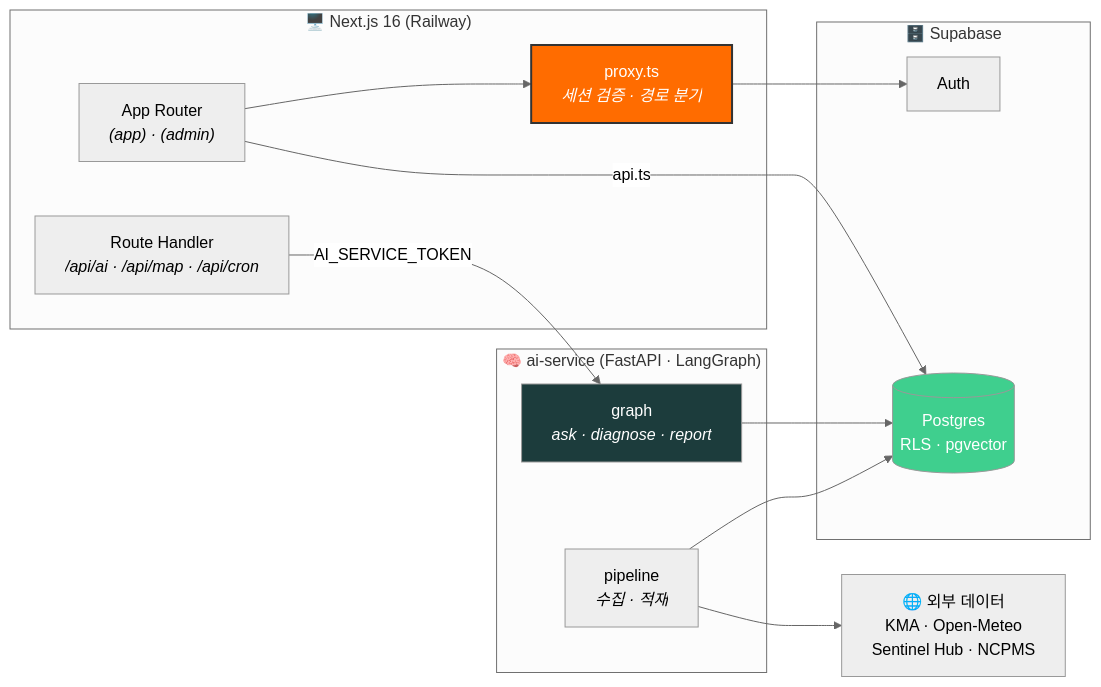
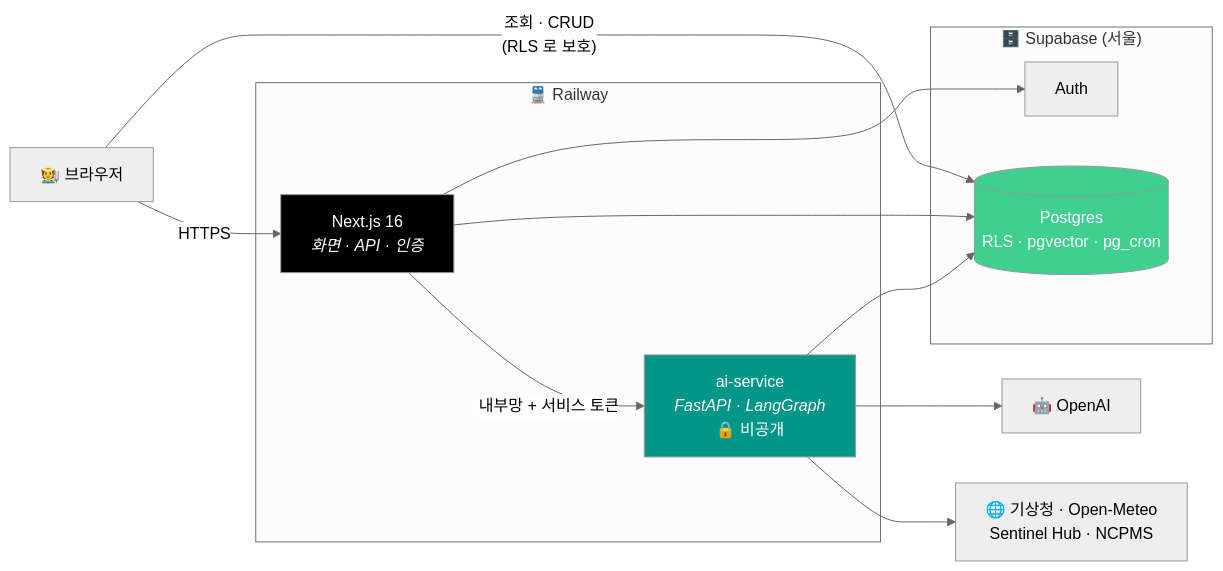
Before and after one commit to pj002321/Safe-farm: the fourth of 4 diagrams in README.md, drawn with Mermaid (neutral theme). The commit also changed other lines of this file, not shown here.

````diff
--- a/README.md
+++ b/README.md
@@ -62,31 +157,26 @@
 ```mermaid
 flowchart LR
-    subgraph WEB["🖥️ Next.js 16 (Railway)"]
-        UI["App Router<br/><i>(app) · (admin)</i>"]
-        PX["proxy.ts<br/><i>세션 검증 · 경로 분기</i>"]
-        RH["Route Handler<br/><i>/api/ai · /api/map · /api/cron</i>"]
+    U["🧑‍🌾 브라우저"] -->|"HTTPS"| WEB
+
+    subgraph RW["🚆 Railway"]
+        WEB["Next.js 16<br/><i>화면 · API · 인증</i>"]
+        AI["ai-service<br/><i>FastAPI · LangGraph</i><br/>🔒 비공개"]
+        WEB -->|"내부망 + 서비스 토큰"| AI
     end
 
-    subgraph AI["🧠 ai-service (FastAPI · LangGraph)"]
-        G["graph<br/><i>ask · diagnose · report</i>"]
-        P["pipeline<br/><i>수집 · 적재</i>"]
+    subgraph SB["🗄️ Supabase (서울)"]
+        AUTH["Auth"]
+        PG[("Postgres<br/>RLS · pgvector · pg_cron")]
     end
 
-    subgraph DATA["🗄️ Supabase"]
-        AUTH["Auth"]
-        PG[("Postgres<br/>RLS · pgvector")]
-    end
+    U -->|"조회 · CRUD<br/>(RLS 로 보호)"| PG
+    WEB --> AUTH
+    WEB --> PG
+    AI --> PG
+    AI --> LLM["🤖 OpenAI"]
+    AI --> EXT["🌐 기상청 · Open-Meteo<br/>Sentinel Hub · NCPMS"]
 
-    EXT["🌐 외부 데이터<br/>KMA · Open-Meteo<br/>Sentinel Hub · NCPMS"]
-
-    UI --> PX --> AUTH
-    UI -->|"api.ts"| PG
-    RH -->|"AI_SERVICE_TOKEN"| G
-    G --> PG
-    P --> EXT
-    P --> PG
-
-    style PX fill:#ff6c00,color:#fff,stroke:#333,stroke-width:2px
-    style G fill:#1C3C3C,color:#fff
+    style WEB fill:#000,color:#fff
+    style AI fill:#009688,color:#fff
     style PG fill:#3FCF8E,color:#fff
 ```
````
